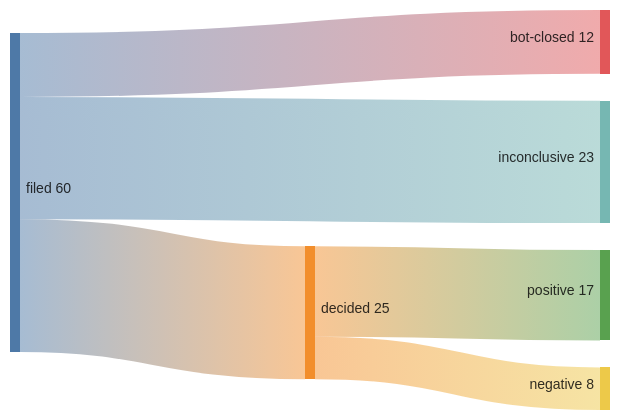
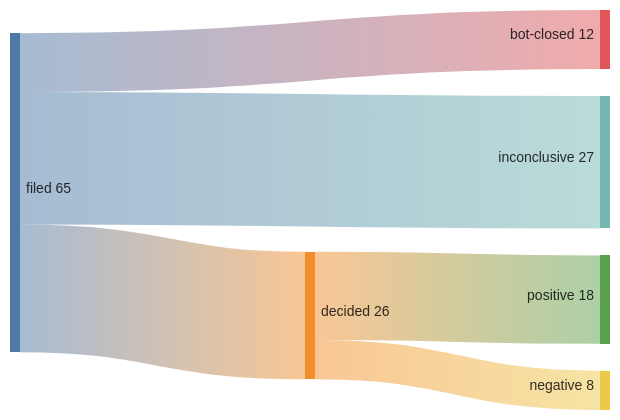
Before and after one commit to kimjune01/kimjune01: the third of 3 diagrams in README.md, drawn with Mermaid. The commit also changed other lines of this file, not shown here.

````diff
--- a/README.md
+++ b/README.md
@@ -44,8 +44,8 @@
 ```mermaid
 sankey-beta
-    filed,    decided,      25
+    filed,    decided,      26
     filed,    bot-closed,   12
-    filed,    inconclusive, 23
-    decided,  positive,     17
+    filed,    inconclusive, 27
+    decided,  positive,     18
     decided,  negative,     8
 ```
````
